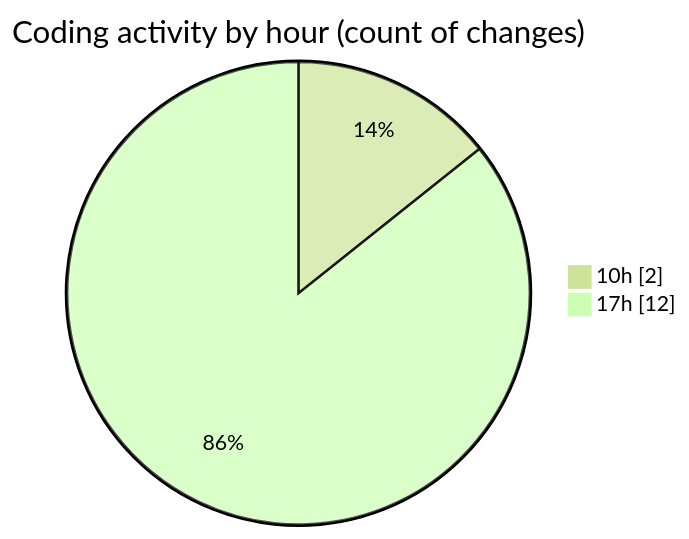
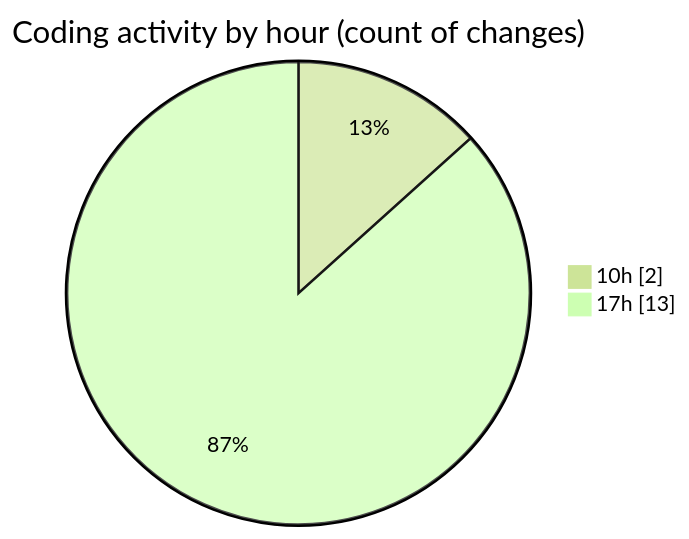
The second of 2 diagrams in 2026-05-28/cda/README.md (momahboobian/code-tracking), drawn with Mermaid (forest theme) before and after one commit. The commit also changed other lines of this file and 1 other file, not shown here.

````diff
--- a/2026-05-28/cda/README.md
+++ b/2026-05-28/cda/README.md
@@ -37,6 +37,6 @@
 ```mermaid
 pie showData
 title Coding activity by hour (count of changes)
 "10h" : 2
-"17h" : 12
+"17h" : 13
 ```
````
